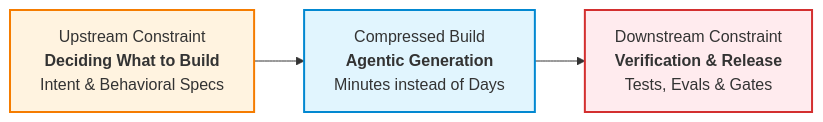
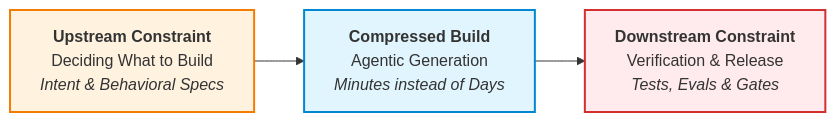
One commit to keolo/keolo-com changed the first of 3 diagrams in content/posts/planned-vs-unplanned-work-in-agentic-development.md. Above: the diagram before and after it, drawn with Mermaid. The commit also changed other lines of this file, not shown here.

````diff
--- a/content/posts/planned-vs-unplanned-work-in-agentic-development.md
+++ b/content/posts/planned-vs-unplanned-work-in-agentic-development.md
@@ -29,9 +17,9 @@
 ```mermaid
 flowchart LR
-    UP["Upstream Constraint<br/><b>Deciding What to Build</b><br/>Intent & Behavioral Specs"] --> BUILD["Compressed Build<br/><b>Agentic Generation</b><br/>Minutes instead of Days"]
-    BUILD --> DOWN["Downstream Constraint<br/><b>Verification & Release</b><br/>Tests, Evals & Gates"]
+    UP["<b>Upstream Constraint</b><br/>Deciding What to Build<br/><i>Intent & Behavioral Specs</i>"] --> BUILD["<b>Compressed Build</b><br/>Agentic Generation<br/><i>Minutes instead of Days</i>"]
+    BUILD --> DOWN["<b>Downstream Constraint</b><br/>Verification & Release<br/><i>Tests, Evals & Gates</i>"]
     
     style BUILD fill:#e1f5fe,stroke:#0288d1,stroke-width:2px
     style UP fill:#fff3e0,stroke:#f57c00,stroke-width:2px
     style DOWN fill:#ffebee,stroke:#d32f2f,stroke-width:2px
 ```
````
